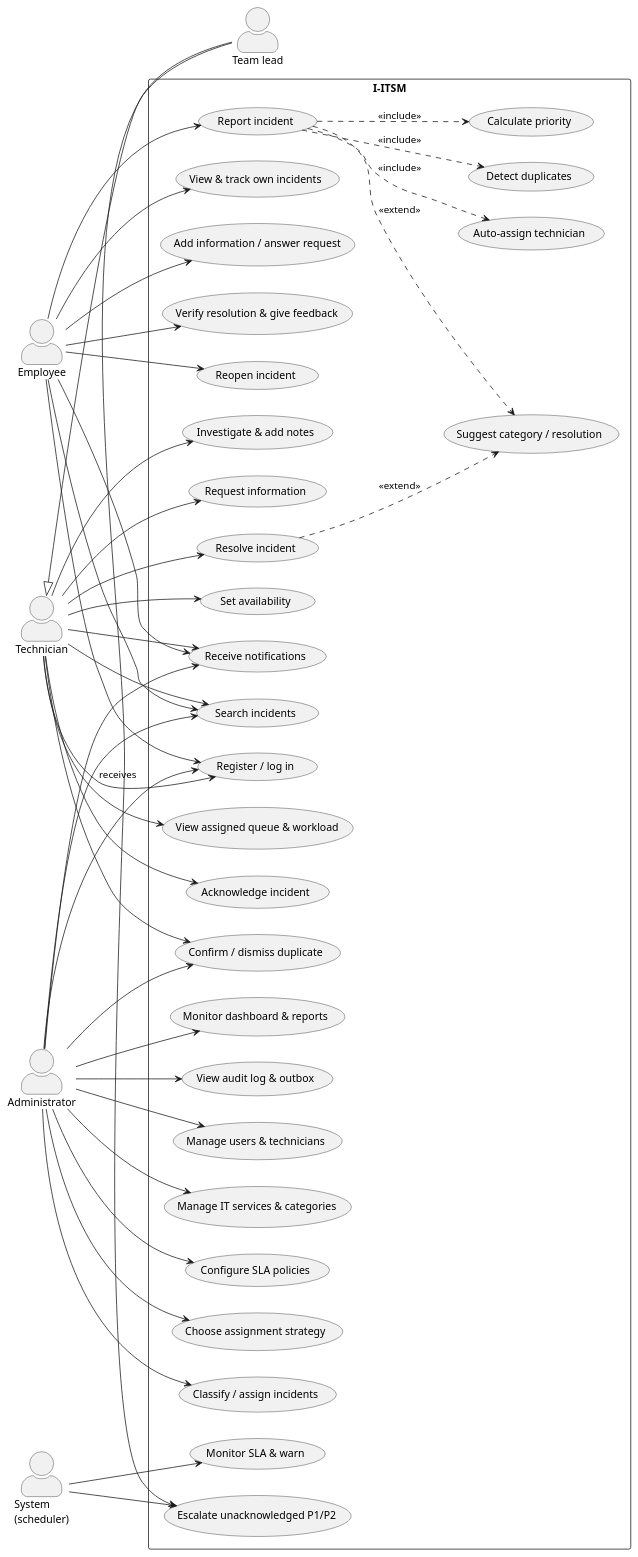
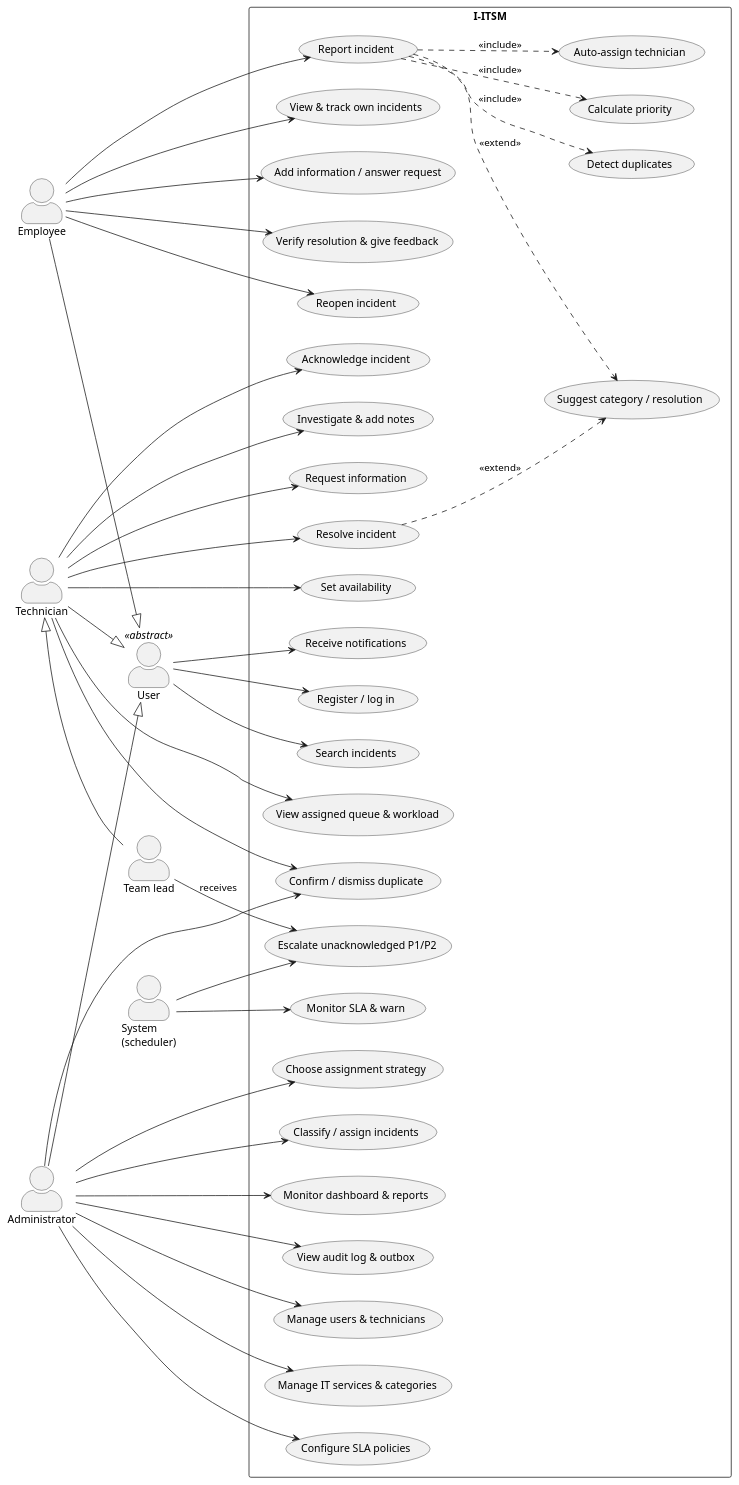
One commit to VijaySrivathsan/I-ITSM changed the diagram in docs/report/use-case.puml. Above: the diagram before and after it, drawn with PlantUML. The commit also changed 9 other files, not shown here.

First line of the commit message:
docs(report): fix stale facts, redraw diagrams, build the PDF

```diff
--- a/docs/report/use-case.puml
+++ b/docs/report/use-case.puml
@@ -1,92 +1,92 @@
 @startuml I-ITSM use cases
 ' Render at https://www.plantuml.com/plantuml or with the PlantUML IntelliJ/VS Code plugin.
 left to right direction
 skinparam packageStyle rectangle
 skinparam actorStyle awesome
 
 actor Employee as E
 actor Technician as T
 actor "Team lead" as L
 actor Administrator as A
 actor "System\n(scheduler)" as S
+actor "User" as U <<abstract>>
+
+E --|> U
+T --|> U
+A --|> U
 
 T <|-- L
 
 rectangle "I-ITSM" {
   usecase "Register / log in" as UC1
   usecase "Report incident" as UC2
   usecase "View & track own incidents" as UC3
   usecase "Add information / answer request" as UC4
   usecase "Verify resolution & give feedback" as UC5
   usecase "Reopen incident" as UC6
 
   usecase "View assigned queue & workload" as UC7
   usecase "Acknowledge incident" as UC8
   usecase "Investigate & add notes" as UC9
   usecase "Request information" as UC10
   usecase "Resolve incident" as UC11
   usecase "Confirm / dismiss duplicate" as UC12
   usecase "Set availability" as UC13
 
   usecase "Manage users & technicians" as UC14
   usecase "Manage IT services & categories" as UC15
   usecase "Configure SLA policies" as UC16
   usecase "Choose assignment strategy" as UC17
   usecase "Classify / assign incidents" as UC18
   usecase "Monitor dashboard & reports" as UC19
   usecase "View audit log & outbox" as UC20
 
   usecase "Search incidents" as UC21
   usecase "Receive notifications" as UC22
 
   usecase "Calculate priority" as UC30
   usecase "Auto-assign technician" as UC31
   usecase "Detect duplicates" as UC32
   usecase "Monitor SLA & warn" as UC33
   usecase "Escalate unacknowledged P1/P2" as UC34
   usecase "Suggest category / resolution" as UC35
 }
 
-E --> UC1
 E --> UC2
 E --> UC3
 E --> UC4
 E --> UC5
 E --> UC6
-E --> UC21
-E --> UC22
 
-T --> UC1
 T --> UC7
 T --> UC8
 T --> UC9
 T --> UC10
 T --> UC11
 T --> UC12
 T --> UC13
-T --> UC21
-T --> UC22
 
 L --> UC34 : receives
 
-A --> UC1
 A --> UC14
 A --> UC15
 A --> UC16
 A --> UC17
 A --> UC18
 A --> UC19
 A --> UC20
-A --> UC21
-A --> UC22
 A --> UC12
+
+U --> UC1
+U --> UC21
+U --> UC22
 
 S --> UC33
 S --> UC34
 
 UC2 ..> UC30 : <<include>>
 UC2 ..> UC31 : <<include>>
 UC2 ..> UC32 : <<include>>
 UC2 ..> UC35 : <<extend>>
 UC11 ..> UC35 : <<extend>>
 @enduml
```
